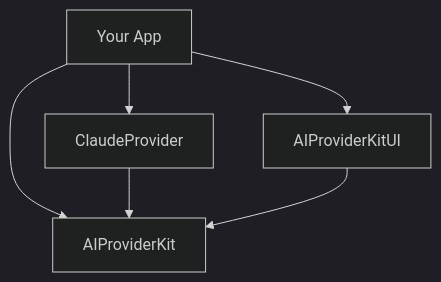
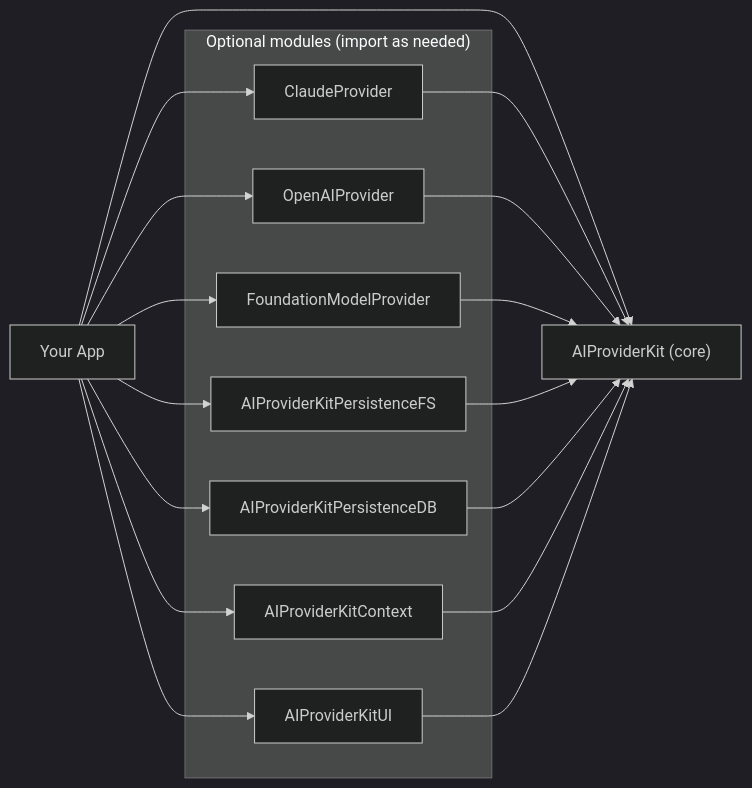
One commit to molayab/swift-ai-provider-kit changed the second of 9 diagrams in Documentation/Architecture.md. Above: the diagram before and after it, drawn with Mermaid (dark theme). The commit also changed other lines of this file and 1 other file, not shown here.

First line of the commit message:
docs: update Architecture.md and UseCases.md for Context layer

````diff
--- a/Documentation/Architecture.md
+++ b/Documentation/Architecture.md
@@ -19,13 +43,33 @@
 ```mermaid
-graph TD
+graph LR
     App["Your App"]
-    UI["AIProviderKitUI"]
-    Core["AIProviderKit"]
-    Claude["ClaudeProvider"]
 
+    subgraph optional["Optional modules (import as needed)"]
+        Claude["ClaudeProvider"]
+        OpenAI["OpenAIProvider"]
+        FM["FoundationModelProvider"]
+        PFS["AIProviderKitPersistenceFS"]
+        PDB["AIProviderKitPersistenceDB"]
+        CTX["AIProviderKitContext"]
+        UI["AIProviderKitUI"]
+    end
+
+    Core["AIProviderKit (core)"]
+
+    App --> Claude
+    App --> OpenAI
+    App --> FM
+    App --> PFS
+    App --> PDB
+    App --> CTX
+    App --> UI
     App --> Core
-    App --> Claude
-    App --> UI
+
     Claude --> Core
+    OpenAI --> Core
+    FM --> Core
+    PFS --> Core
+    PDB --> Core
+    CTX --> Core
     UI --> Core
 ```
````
